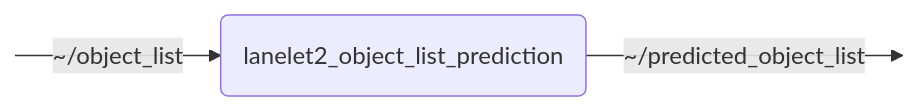
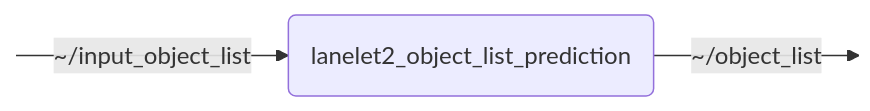
Before and after one commit to openads-project/lanelet2_object_list_prediction: the diagram in lanelet2_object_list_prediction/README.md, drawn with Mermaid. The commit also changed other lines of this file and 4 other files, not shown here.

````diff
--- a/lanelet2_object_list_prediction/README.md
+++ b/lanelet2_object_list_prediction/README.md
@@ -13,7 +13,7 @@
 ```mermaid
 flowchart LR
     NODE("lanelet2_object_list_prediction")
-    S0:::hidden -->|~/object_list| NODE
-    NODE -->|~/predicted_object_list| P0:::hidden
+    S0:::hidden -->|~/input_object_list| NODE
+    NODE -->|~/object_list| P0:::hidden
     classDef hidden display: none;
 ```
````
